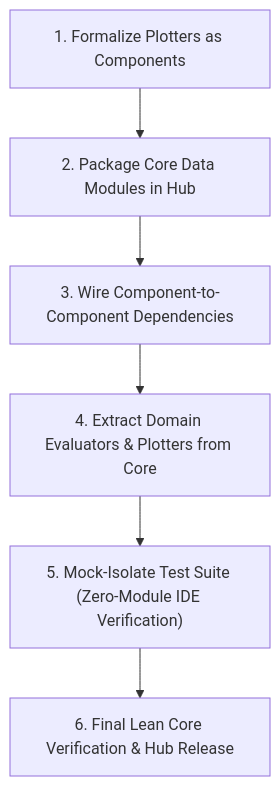
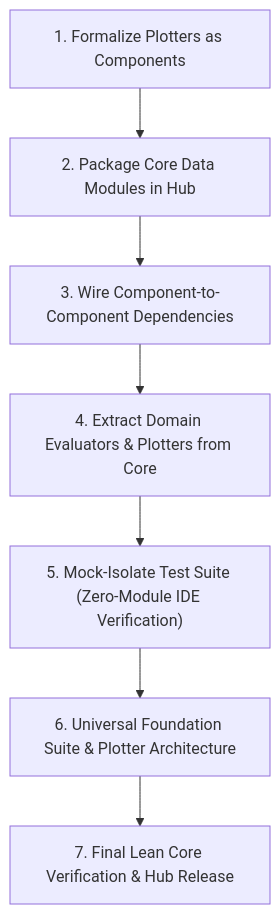
The diagram in ROADMAP.md (fixmeseb/Theta-IDE), drawn with Mermaid before and after one commit. The commit also changed other lines of this file and 77 other files, not shown here.

````diff
--- a/ROADMAP.md
+++ b/ROADMAP.md
@@ -97,8 +103,9 @@
 ```mermaid
 flowchart TD
     A["1. Formalize Plotters as Components"] --> B["2. Package Core Data Modules in Hub"]
     B --> C["3. Wire Component-to-Component Dependencies"]
     C --> D["4. Extract Domain Evaluators & Plotters from Core"]
     D --> E["5. Mock-Isolate Test Suite (Zero-Module IDE Verification)"]
-    E --> F["6. Final Lean Core Verification & Hub Release"]
+    E --> F["6. Universal Foundation Suite & Plotter Architecture"]
+    F --> G["7. Final Lean Core Verification & Hub Release"]
 ```
````
